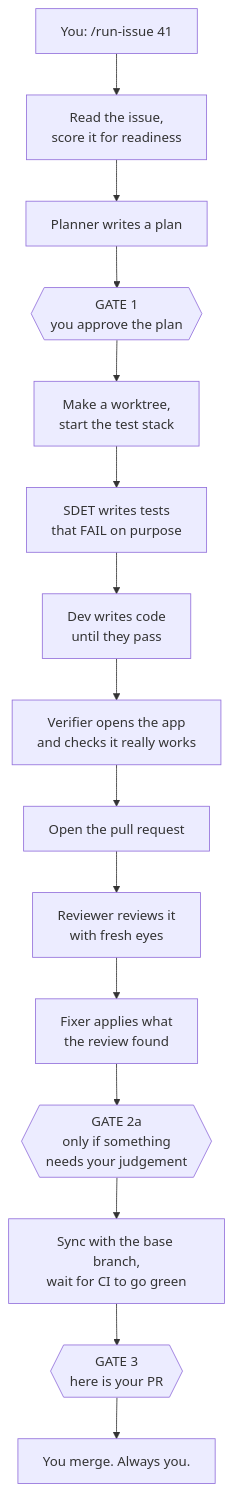
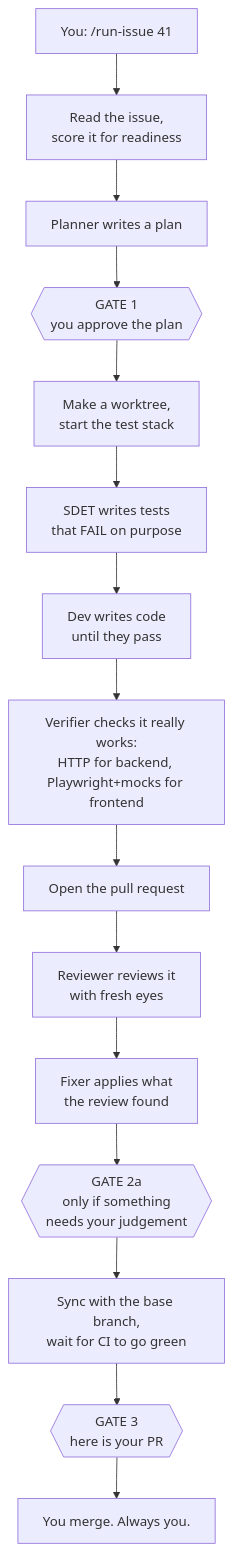
One commit to masnun-siam/ai-workflow changed the first of 2 diagrams in docs/HOW-IT-WORKS.md. Above: the diagram before and after it, drawn with Mermaid. The commit also changed other lines of this file and 8 other files, not shown here.

````diff
--- a/docs/HOW-IT-WORKS.md
+++ b/docs/HOW-IT-WORKS.md
@@ -41,17 +41,17 @@
 ```mermaid
 flowchart TD
     A["You: /run-issue 41"] --> B["Read the issue,<br/>score it for readiness"]
     B --> C["Planner writes a plan"]
     C --> G1{{"GATE 1<br/>you approve the plan"}}
     G1 --> D["Make a worktree,<br/>start the test stack"]
     D --> E["SDET writes tests<br/>that FAIL on purpose"]
     E --> F["Dev writes code<br/>until they pass"]
-    F --> H["Verifier opens the app<br/>and checks it really works"]
+    F --> H["Verifier checks it really works:<br/>HTTP for backend, Playwright+mocks for frontend"]
     H --> I["Open the pull request"]
     I --> J["Reviewer reviews it<br/>with fresh eyes"]
     J --> K["Fixer applies what<br/>the review found"]
     K --> G2{{"GATE 2a<br/>only if something<br/>needs your judgement"}}
     G2 --> L["Sync with the base branch,<br/>wait for CI to go green"]
     L --> G3{{"GATE 3<br/>here is your PR"}}
     G3 --> M["You merge. Always you."]
 ```
````
